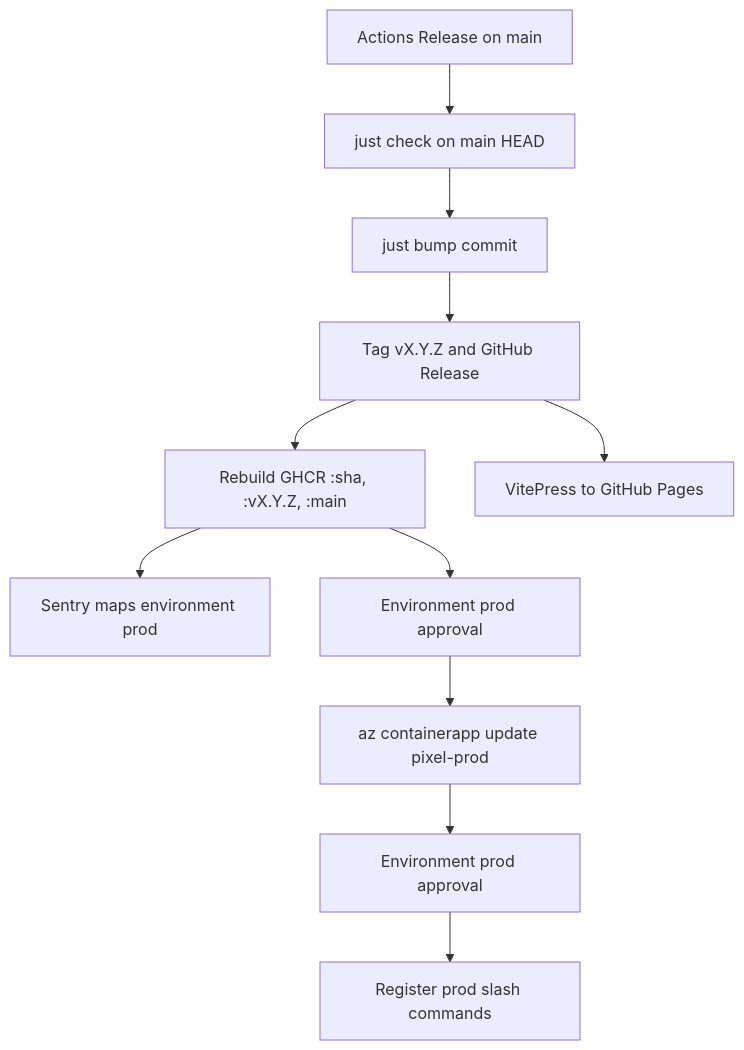
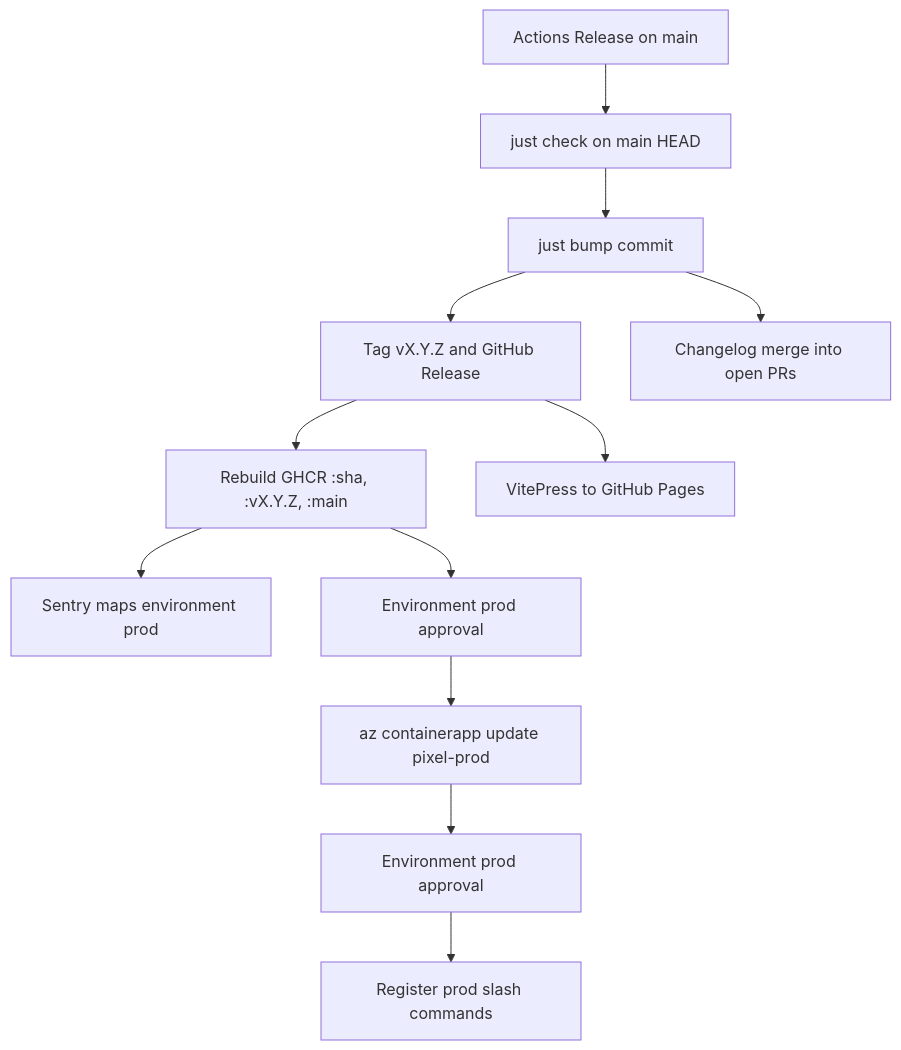
The third of 3 diagrams in docs/runbook.md (pixelbar/pixel), drawn with Mermaid before and after one commit. The commit also changed other lines of this file and 8 other files, not shown here.

First line of the commit message:
Resolve CHANGELOG-only conflicts in open PRs automatically

````diff
--- a/docs/runbook.md
+++ b/docs/runbook.md
@@ -505,14 +507,15 @@
 ```mermaid
 flowchart TD
   human[Actions Release on main]
   human --> check[just check on main HEAD]
   check --> bump[just bump commit]
   bump --> tag[Tag vX.Y.Z and GitHub Release]
   tag --> img["Rebuild GHCR :sha, :vX.Y.Z, :main"]
   img --> sentry[Sentry maps environment prod]
   img --> approve[Environment prod approval]
   approve --> roll[az containerapp update pixel-prod]
   roll --> approve2[Environment prod approval]
   approve2 --> register[Register prod slash commands]
   tag --> pages[VitePress to GitHub Pages]
+  bump --> clogm[Changelog merge into open PRs]
 ```
````
